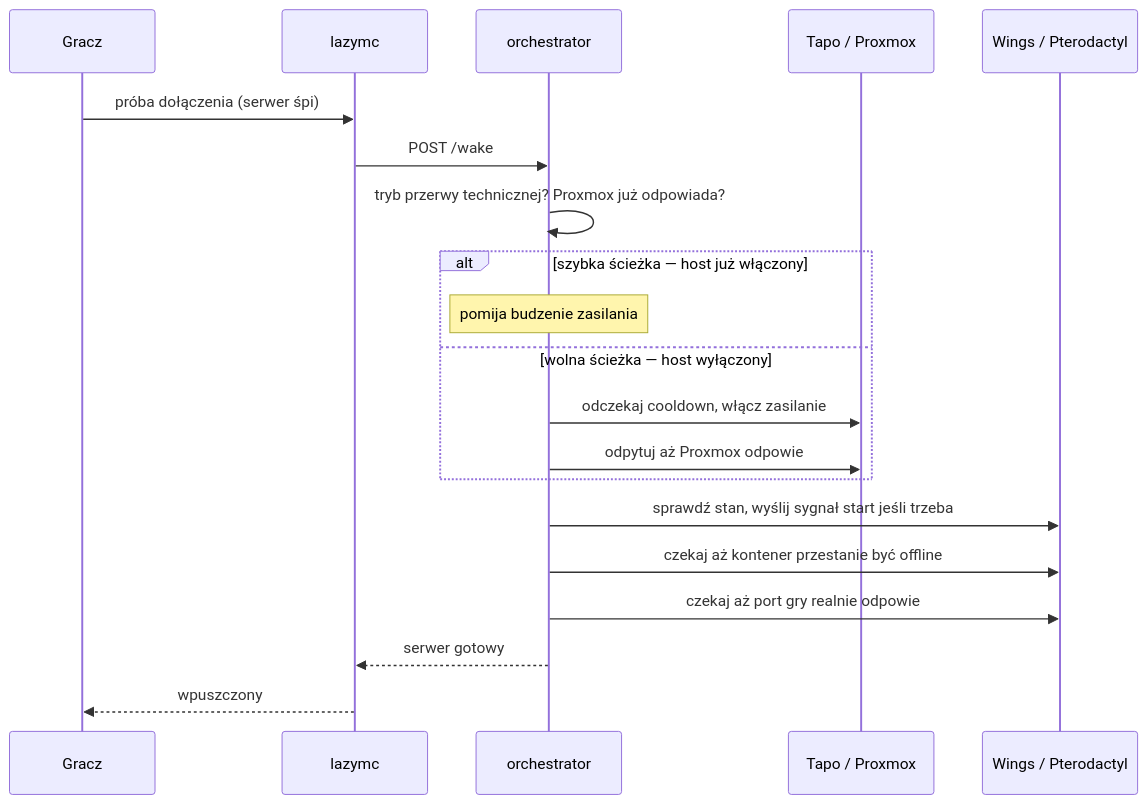
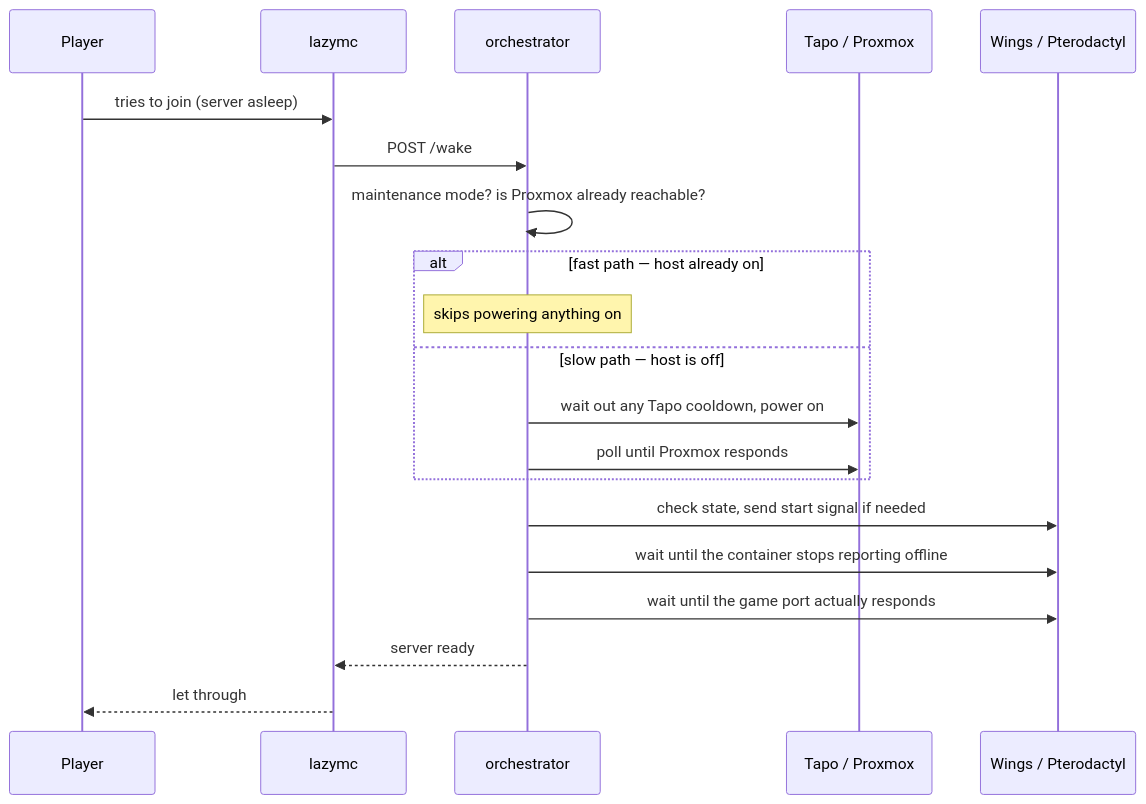
The fifth of 6 diagrams in README.md (mrfroncu/mcwake), drawn with Mermaid before and after one commit. The commit also changed other lines of this file, not shown here.

````diff
--- a/README.md
+++ b/README.md
@@ -283,23 +285,23 @@
 ```mermaid
 sequenceDiagram
-    participant P as Gracz
+    participant P as Player
     participant L as lazymc
     participant O as orchestrator
     participant PT as Tapo / Proxmox
     participant W as Wings / Pterodactyl
 
-    P->>L: próba dołączenia (serwer śpi)
+    P->>L: tries to join (server asleep)
     L->>O: POST /wake
-    O->>O: tryb przerwy technicznej? Proxmox już odpowiada?
-    alt szybka ścieżka — host już włączony
-        Note over O: pomija budzenie zasilania
-    else wolna ścieżka — host wyłączony
-        O->>PT: odczekaj cooldown, włącz zasilanie
-        O->>PT: odpytuj aż Proxmox odpowie
+    O->>O: maintenance mode? is Proxmox already reachable?
+    alt fast path — host already on
+        Note over O: skips powering anything on
+    else slow path — host is off
+        O->>PT: wait out any Tapo cooldown, power on
+        O->>PT: poll until Proxmox responds
     end
-    O->>W: sprawdź stan, wyślij sygnał start jeśli trzeba
-    O->>W: czekaj aż kontener przestanie być offline
-    O->>W: czekaj aż port gry realnie odpowie
-    O-->>L: serwer gotowy
-    L-->>P: wpuszczony
+    O->>W: check state, send start signal if needed
+    O->>W: wait until the container stops reporting offline
+    O->>W: wait until the game port actually responds
+    O-->>L: server ready
+    L-->>P: let through
 ```
````
